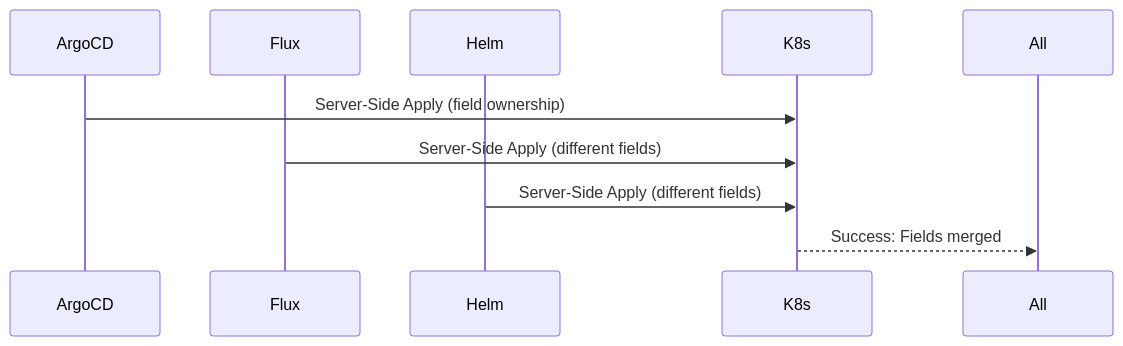
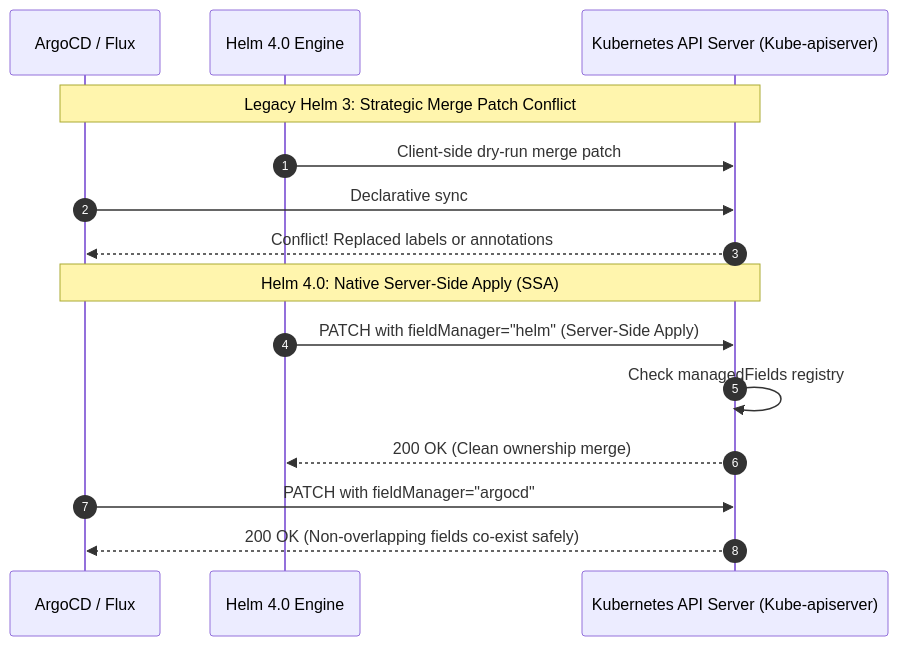
Before and after one commit to akillness/akillness.github.io: the third of 4 diagrams in _posts/2025/11/2025-11-15-kubernetes-ecosystem-updates-ingress-nginx-retirement-helm-4.md, drawn with Mermaid. The commit also changed other lines of this file and 1 other file, not shown here.

Commit message:
archive(dev): rebuild kubernetes-ecosystem-updates-ingress-nginx-retirement-helm-4 from 2025-11 note

````diff
--- a/_posts/2025/11/2025-11-15-kubernetes-ecosystem-updates-ingress-nginx-retirement-helm-4.md
+++ b/_posts/2025/11/2025-11-15-kubernetes-ecosystem-updates-ingress-nginx-retirement-helm-4.md
@@ -159,12 +152,19 @@
 ```mermaid
 sequenceDiagram
-    participant ArgoCD
-    participant Flux
-    participant Helm
-    participant K8s
-    
-    ArgoCD->>K8s: Server-Side Apply (field ownership)
-    Flux->>K8s: Server-Side Apply (different fields)
-    Helm->>K8s: Server-Side Apply (different fields)
-    K8s-->>All: Success: Fields merged
+    autonumber
+    participant GitOps as ArgoCD / Flux
+    participant Helm as Helm 4.0 Engine
+    participant APIServer as Kubernetes API Server (Kube-apiserver)
+
+    Note over GitOps,APIServer: Legacy Helm 3: Strategic Merge Patch Conflict
+    Helm->>APIServer: Client-side dry-run merge patch
+    GitOps->>APIServer: Declarative sync
+    APIServer-->>GitOps: Conflict! Replaced labels or annotations
+
+    Note over GitOps,APIServer: Helm 4.0: Native Server-Side Apply (SSA)
+    Helm->>APIServer: PATCH with fieldManager="helm" (Server-Side Apply)
+    APIServer->>APIServer: Check managedFields registry
+    APIServer-->>Helm: 200 OK (Clean ownership merge)
+    GitOps->>APIServer: PATCH with fieldManager="argocd"
+    APIServer-->>GitOps: 200 OK (Non-overlapping fields co-exist safely)
 ```
````
